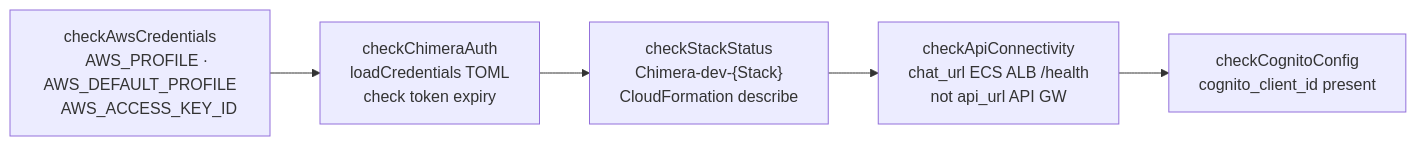
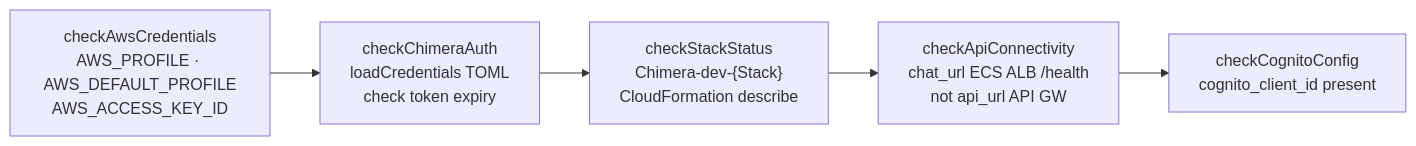
Before and after one commit to Codeseys-Labs/chimera: the sixth of 6 diagrams in docs/architecture/cli-lifecycle.md, drawn with Mermaid. The commit also changed other lines of this file and 1 other file, not shown here.

First line of the commit message:
fix(docs): apply mermaid diagram syntax fixes from builder-mermaid-fix

````diff
--- a/docs/architecture/cli-lifecycle.md
+++ b/docs/architecture/cli-lifecycle.md
@@ -236,19 +182,10 @@
 ```mermaid
 flowchart LR
-    D1[checkAwsCredentials
-    AWS_PROFILE · AWS_DEFAULT_PROFILE
-    AWS_ACCESS_KEY_ID]
-    D2[checkChimeraAuth
-    loadCredentials TOML
-    check token expiry]
-    D3["checkStackStatus
-    Chimera-dev-{Stack}
-    CloudFormation describe"]
-    D4[checkApiConnectivity
-    chat_url ECS ALB /health
-    not api_url API GW]
-    D5[checkCognitoConfig
-    cognito_client_id present]
+    D1["checkAwsCredentials<br/>AWS_PROFILE · AWS_DEFAULT_PROFILE<br/>AWS_ACCESS_KEY_ID"]
+    D2["checkChimeraAuth<br/>loadCredentials TOML<br/>check token expiry"]
+    D3["checkStackStatus<br/>Chimera-dev-{Stack}<br/>CloudFormation describe"]
+    D4["checkApiConnectivity<br/>chat_url ECS ALB /health<br/>not api_url API GW"]
+    D5["checkCognitoConfig<br/>cognito_client_id present"]
 
     D1 --> D2 --> D3 --> D4 --> D5
 ```
````
